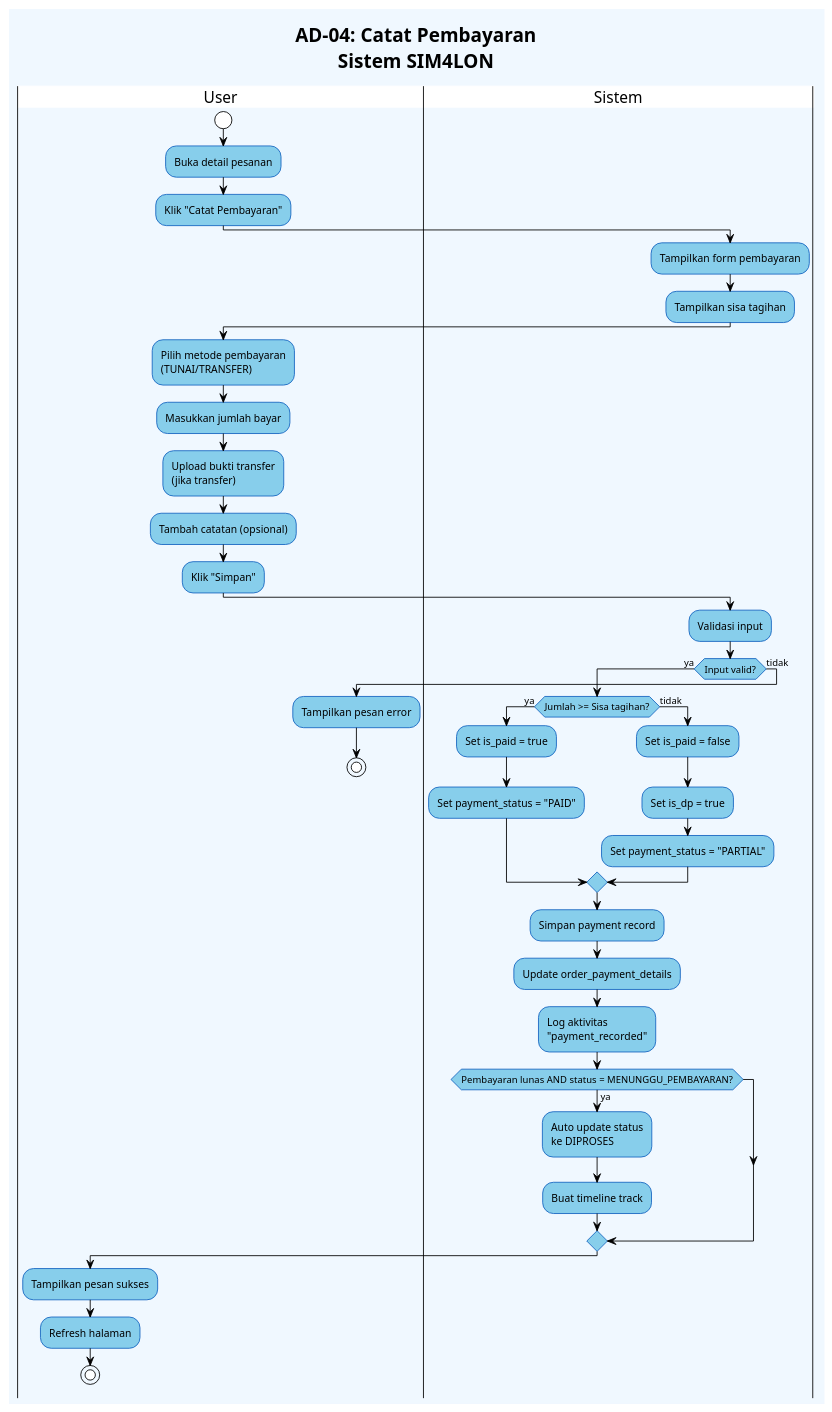
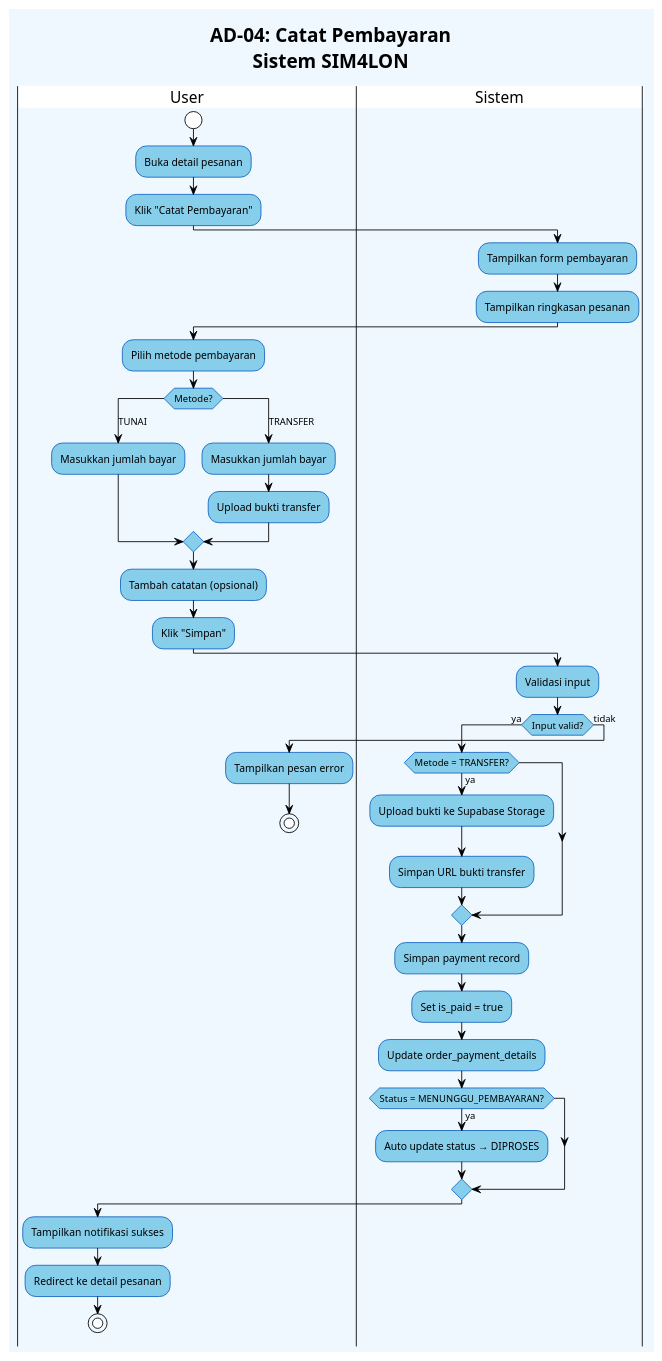
Before and after one commit to xinnxz/sim4lon: the diagram in diagrams/AD_04_CatatPembayaran.puml, drawn with PlantUML. The commit also changed 18 other files, not shown here.

```diff
--- a/diagrams/AD_04_CatatPembayaran.puml
+++ b/diagrams/AD_04_CatatPembayaran.puml
@@ -1,59 +1,59 @@
 @startuml AD_04_CatatPembayaran
 !theme plain
 skinparam backgroundColor #f0f8ff
 skinparam ActivityBackgroundColor #87CEEB
 skinparam ActivityBorderColor #1565c0
-skinparam PartitionBackgroundColor #e3f2fd
-skinparam PartitionBorderColor #1565c0
 
 title **AD-04: Catat Pembayaran**\nSistem SIM4LON
 
 |User|
 start
 :Buka detail pesanan;
 :Klik "Catat Pembayaran";
 
 |Sistem|
 :Tampilkan form pembayaran;
-:Tampilkan sisa tagihan;
+:Tampilkan ringkasan pesanan;
 
 |User|
-:Pilih metode pembayaran\n(TUNAI/TRANSFER);
-:Masukkan jumlah bayar;
-:Upload bukti transfer\n(jika transfer);
+:Pilih metode pembayaran;
+
+switch (Metode?)
+case (TUNAI)
+    :Masukkan jumlah bayar;
+case (TRANSFER)
+    :Masukkan jumlah bayar;
+    :Upload bukti transfer;
+endswitch
+
 :Tambah catatan (opsional);
 :Klik "Simpan";
 
 |Sistem|
 :Validasi input;
 
 if (Input valid?) then (ya)
-    if (Jumlah >= Sisa tagihan?) then (ya)
-        :Set is_paid = true;
-        :Set payment_status = "PAID";
-    else (tidak)
-        :Set is_paid = false;
-        :Set is_dp = true;
-        :Set payment_status = "PARTIAL";
+    if (Metode = TRANSFER?) then (ya)
+        :Upload bukti ke Supabase Storage;
+        :Simpan URL bukti transfer;
     endif
     
     :Simpan payment record;
+    :Set is_paid = true;
     :Update order_payment_details;
-    :Log aktivitas\n"payment_recorded";
     
-    if (Pembayaran lunas AND status = MENUNGGU_PEMBAYARAN?) then (ya)
-        :Auto update status\nke DIPROSES;
-        :Buat timeline track;
+    if (Status = MENUNGGU_PEMBAYARAN?) then (ya)
+        :Auto update status → DIPROSES;
     endif
     
     |User|
-    :Tampilkan pesan sukses;
-    :Refresh halaman;
+    :Tampilkan notifikasi sukses;
+    :Redirect ke detail pesanan;
     stop
 else (tidak)
     |User|
     :Tampilkan pesan error;
     stop
 endif
 
 @enduml
```
